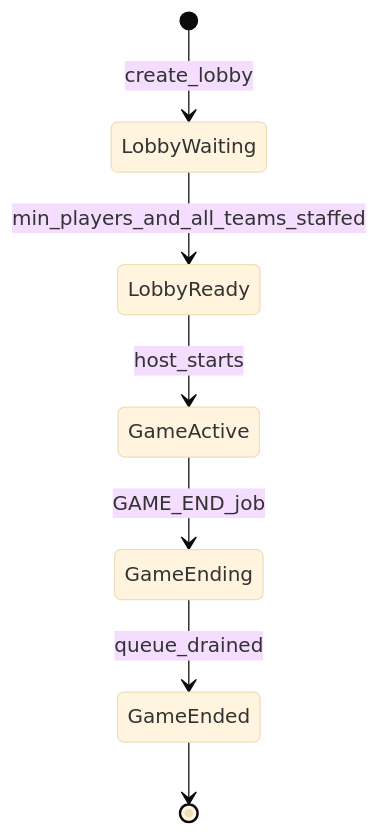
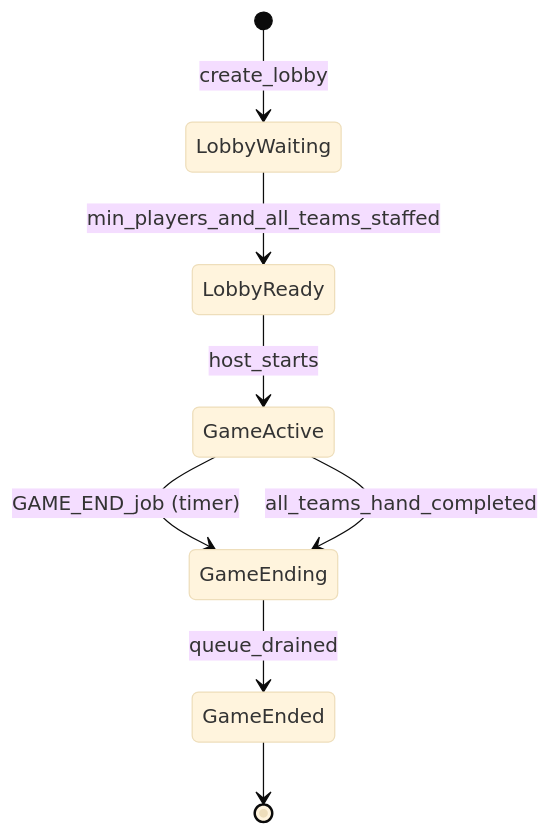
Before and after one commit to majesticwhales/mingmei-mahjong-mania: the fourth of 5 diagrams in docs/TDD_server.md, drawn with Mermaid (base theme). The commit also changed other lines of this file and 1 other file, not shown here.

````diff
--- a/docs/TDD_server.md
+++ b/docs/TDD_server.md
@@ -846,9 +1077,10 @@
 ```mermaid
 stateDiagram-v2
   [*] --> LobbyWaiting: create_lobby
   LobbyWaiting --> LobbyReady: min_players_and_all_teams_staffed
   LobbyReady --> GameActive: host_starts
-  GameActive --> GameEnding: GAME_END_job
+  GameActive --> GameEnding: GAME_END_job (timer)
+  GameActive --> GameEnding: all_teams_hand_completed
   GameEnding --> GameEnded: queue_drained
   GameEnded --> [*]
 ```
````
